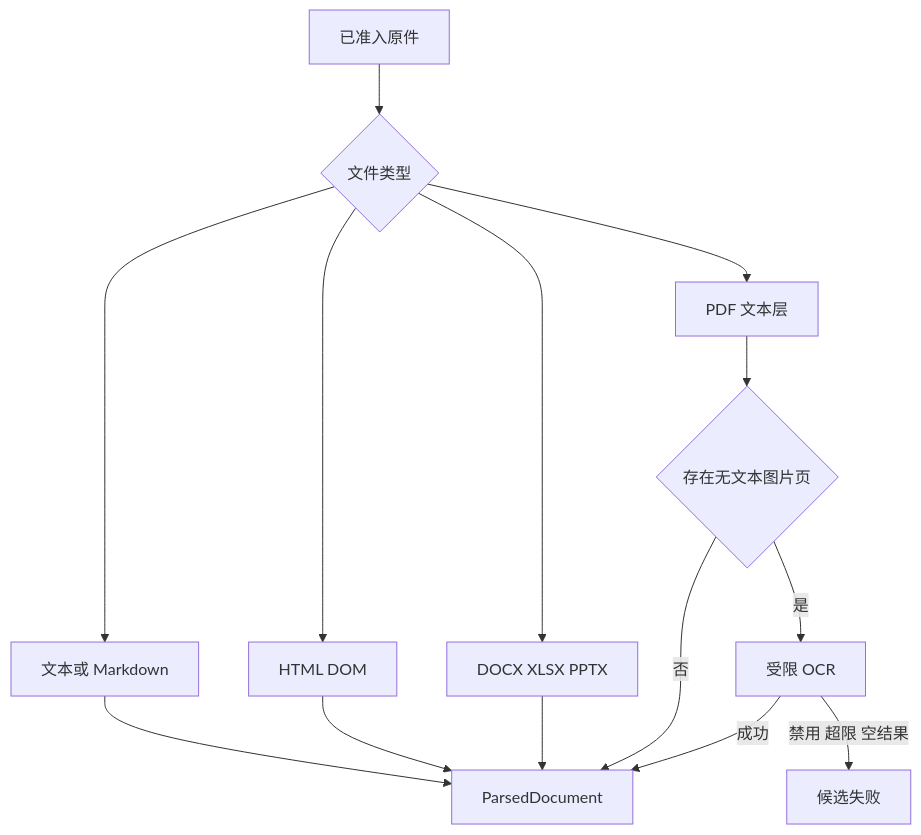
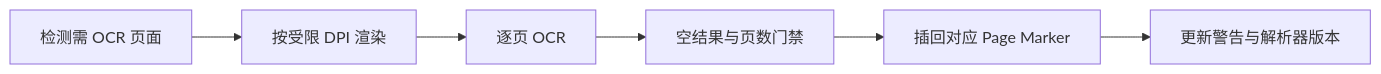
Before and after one commit to upJiang/jiang-blog-vitepress: the diagram in docs/ai-agent/rag-document-parsing-ocr.md, drawn with Mermaid. The commit also changed other lines of this file and 365 other files, not shown here.

````diff
--- a/docs/ai-agent/rag-document-parsing-ocr.md
+++ b/docs/ai-agent/rag-document-parsing-ocr.md
@@ -28,16 +123,8 @@
 ```mermaid
-flowchart TD
-  A[已准入原件] --> B{文件类型}
-  B --> C[文本或 Markdown]
-  B --> D[HTML DOM]
-  B --> E[DOCX XLSX PPTX]
-  B --> F[PDF 文本层]
-  F --> G{存在无文本图片页}
-  G -->|否| H[ParsedDocument]
-  G -->|是| I[受限 OCR]
-  I -->|成功| H
-  I -->|禁用 超限 空结果| J[候选失败]
-  C --> H
-  D --> H
-  E --> H
+flowchart LR
+    A[检测需 OCR 页面] --> B[按受限 DPI 渲染]
+    B --> C[逐页 OCR]
+    C --> D[空结果与页数门禁]
+    D --> E[插回对应 Page Marker]
+    E --> F[更新警告与解析器版本]
 ```
````
